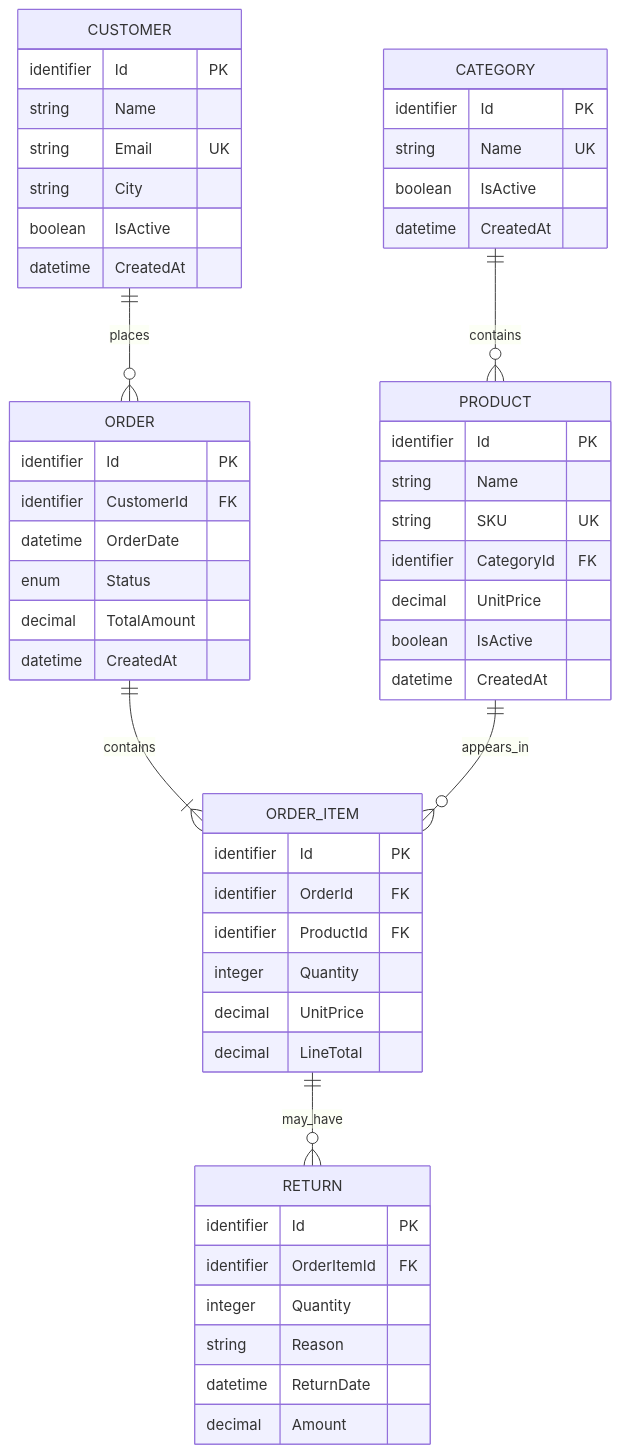
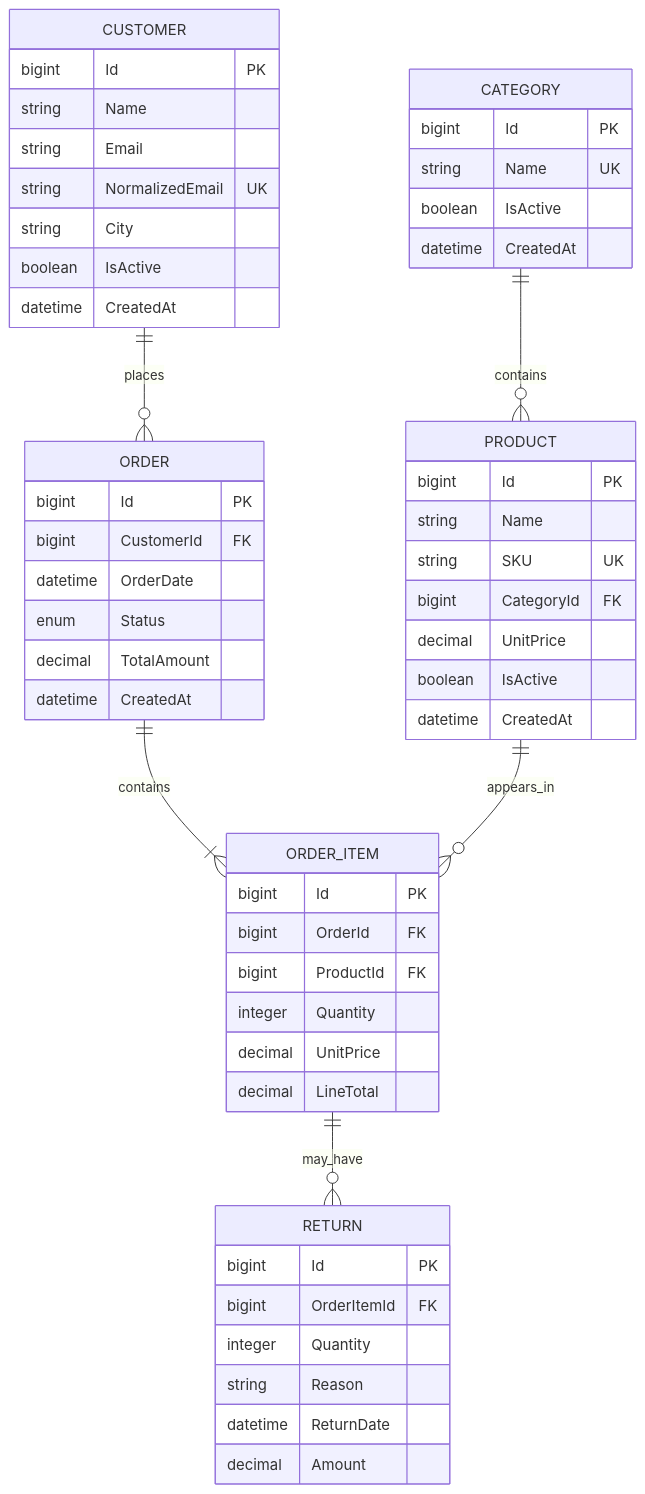
One commit to senagokaslan/QueryPilot changed the diagram in docs/database-model.md. Above: the diagram before and after it, drawn with Mermaid. The commit also changed other lines of this file and 7 other files, not shown here.

````diff
--- a/docs/database-model.md
+++ b/docs/database-model.md
@@ -7,61 +7,62 @@
 ```mermaid
 erDiagram
     CATEGORY ||--o{ PRODUCT : contains
     CUSTOMER ||--o{ ORDER : places
     ORDER ||--|{ ORDER_ITEM : contains
     PRODUCT ||--o{ ORDER_ITEM : appears_in
     ORDER_ITEM ||--o{ RETURN : may_have
 
     CATEGORY {
-        identifier Id PK
+        bigint Id PK
         string Name UK
         boolean IsActive
         datetime CreatedAt
     }
 
     PRODUCT {
-        identifier Id PK
+        bigint Id PK
         string Name
         string SKU UK
-        identifier CategoryId FK
+        bigint CategoryId FK
         decimal UnitPrice
         boolean IsActive
         datetime CreatedAt
     }
 
     CUSTOMER {
-        identifier Id PK
+        bigint Id PK
         string Name
-        string Email UK
+        string Email
+        string NormalizedEmail UK
         string City
         boolean IsActive
         datetime CreatedAt
     }
 
     ORDER {
-        identifier Id PK
-        identifier CustomerId FK
+        bigint Id PK
+        bigint CustomerId FK
         datetime OrderDate
         enum Status
         decimal TotalAmount
         datetime CreatedAt
     }
 
     ORDER_ITEM {
-        identifier Id PK
-        identifier OrderId FK
-        identifier ProductId FK
+        bigint Id PK
+        bigint OrderId FK
+        bigint ProductId FK
         integer Quantity
         decimal UnitPrice
         decimal LineTotal
     }
 
     RETURN {
-        identifier Id PK
-        identifier OrderItemId FK
+        bigint Id PK
+        bigint OrderItemId FK
         integer Quantity
         string Reason
         datetime ReturnDate
         decimal Amount
     }
 ```
````
